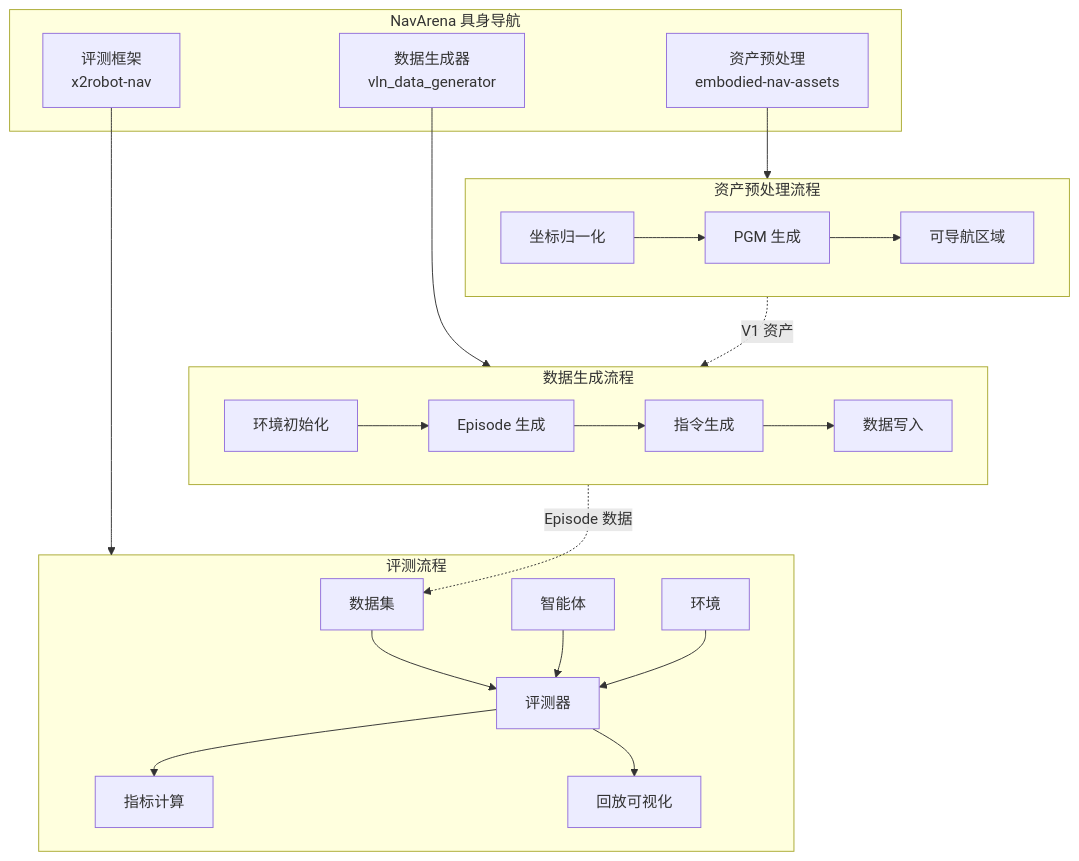
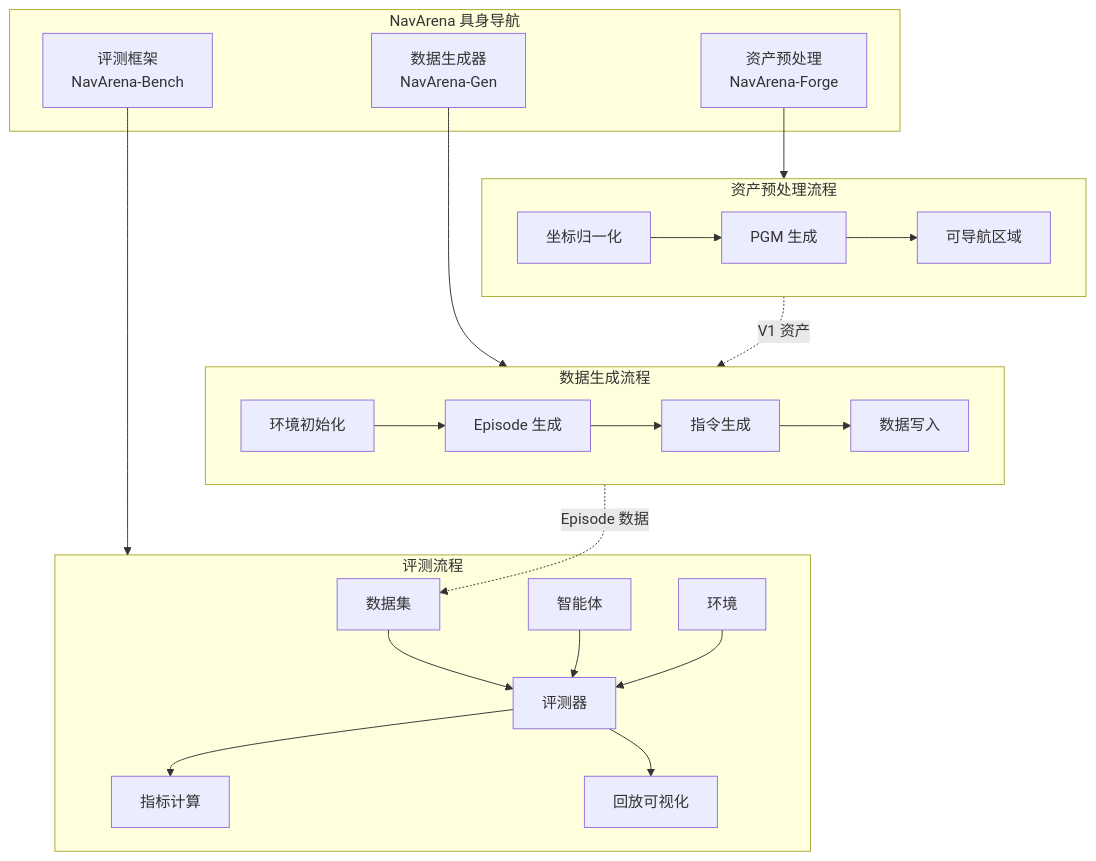
The diagram in docs/zh/index.md (EI-Nav/NavArena-Doc), drawn with Mermaid before and after one commit. The commit also changed other lines of this file and 50 other files, not shown here.

````diff
--- a/docs/zh/index.md
+++ b/docs/zh/index.md
@@ -66,37 +66,37 @@
 ```mermaid
 graph TB
     subgraph NavArena[NavArena 具身导航]
-        AP[资产预处理<br/>embodied-nav-assets]
-        DG[数据生成器<br/>vln_data_generator]
-        EF[评测框架<br/>x2robot-nav]
+        AP[资产预处理<br/>NavArena-Forge]
+        DG[数据生成器<br/>NavArena-Gen]
+        EF[评测框架<br/>NavArena-Bench]
     end
     
     subgraph AP_Flow[资产预处理流程]
         A1[坐标归一化]
         A2[PGM 生成]
         A3[可导航区域]
         A1 --> A2 --> A3
     end
     
     subgraph DG_Flow[数据生成流程]
         D1[环境初始化]
         D2[Episode 生成]
         D3[指令生成]
         D4[数据写入]
         D1 --> D2 --> D3 --> D4
     end
     
     subgraph EF_Flow[评测流程]
         Dataset[数据集] --> Eval[评测器]
         Agent[智能体] --> Eval
         Env[环境] --> Eval
         Eval --> Metrics[指标计算]
         Eval --> Replay[回放可视化]
     end
     
     AP --> AP_Flow
     DG --> DG_Flow
     EF --> EF_Flow
     AP_Flow -.V1 资产.-> DG_Flow
     DG_Flow -.Episode 数据.-> Dataset
 ```
````
